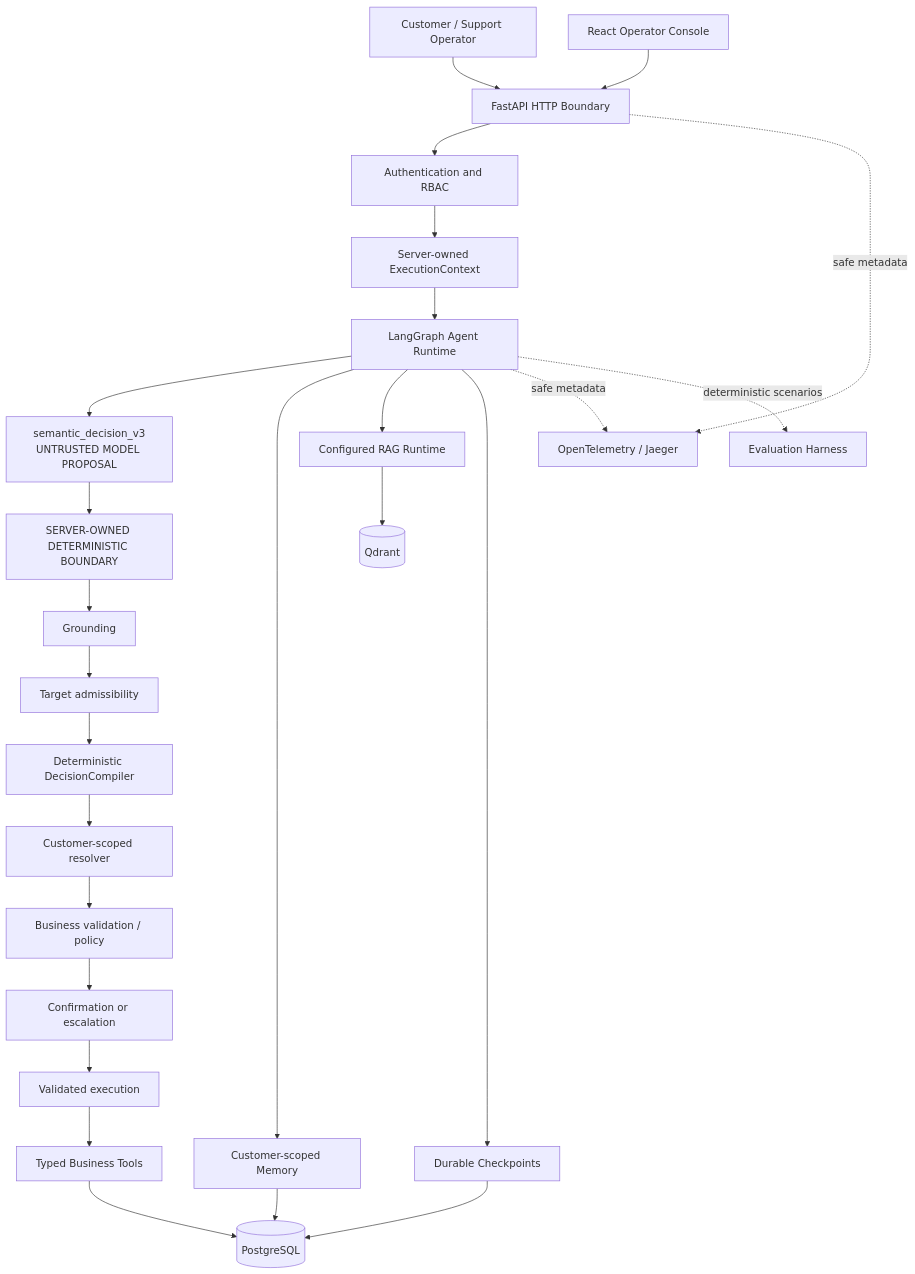
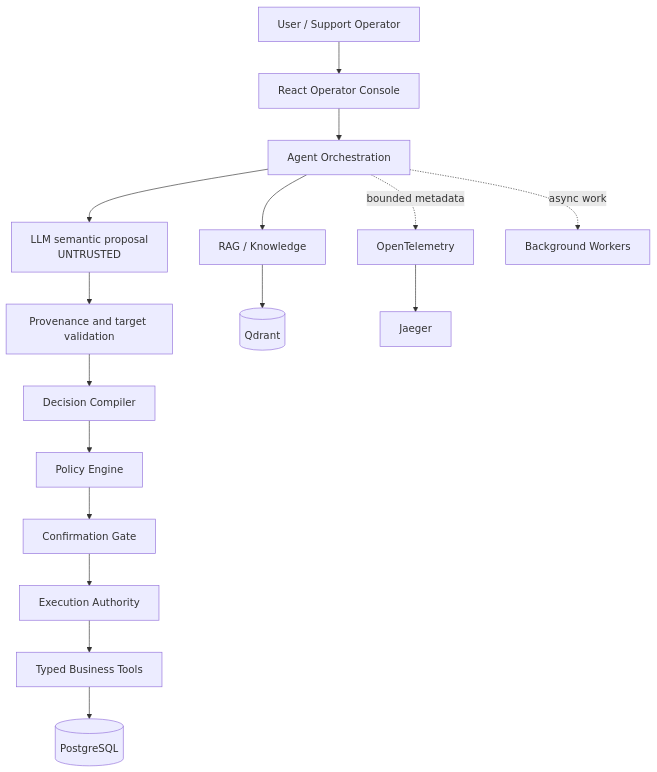
The diagram in README.md (BopsAIle/agentic-customer-service-platform), drawn with Mermaid before and after one commit. The commit also changed other lines of this file and 10 other files, not shown here.

````diff
--- a/README.md
+++ b/README.md
@@ -102,31 +32,18 @@
 ```mermaid
-flowchart TD
-    CLIENT[Customer / Support Operator] --> API[FastAPI HTTP Boundary]
-    API --> AUTH[Authentication and RBAC]
-    AUTH --> CONTEXT[Server-owned ExecutionContext]
-    CONTEXT --> GRAPH[LangGraph Agent Runtime]
-
-    GRAPH --> SEMANTIC[semantic_decision_v3<br/>UNTRUSTED MODEL PROPOSAL]
-    SEMANTIC --> BOUNDARY[SERVER-OWNED DETERMINISTIC BOUNDARY]
-    BOUNDARY --> GROUND[Grounding]
-    GROUND --> ADMISSIBLE[Target admissibility]
-    ADMISSIBLE --> COMPILER[Deterministic DecisionCompiler]
-    COMPILER --> RESOLVER[Customer-scoped resolver]
-    RESOLVER --> POLICY[Business validation / policy]
-    POLICY --> CONFIRM[Confirmation or escalation]
-    CONFIRM --> EXECUTE[Validated execution]
-    EXECUTE --> TOOLS[Typed Business Tools]
-    GRAPH --> MEMORY[Customer-scoped Memory]
-    GRAPH --> RAG[Configured RAG Runtime]
-
-    MEMORY --> POSTGRES[(PostgreSQL)]
-    TOOLS --> POSTGRES
-    GRAPH --> CHECKPOINTS[Durable Checkpoints]
-    CHECKPOINTS --> POSTGRES
+flowchart TB
+    USER[User / Support Operator] --> CONSOLE[React Operator Console]
+    CONSOLE --> AGENT[Agent Orchestration]
+    AGENT --> LLM[LLM semantic proposal\nUNTRUSTED]
+    LLM --> VALIDATE[Provenance and target validation]
+    VALIDATE --> COMPILER[Decision Compiler]
+    COMPILER --> POLICY[Policy Engine]
+    POLICY --> CONFIRM[Confirmation Gate]
+    CONFIRM --> AUTHORITY[Execution Authority]
+    AUTHORITY --> TOOLS[Typed Business Tools]
+    TOOLS --> POSTGRES[(PostgreSQL)]
+    AGENT --> RAG[RAG / Knowledge]
     RAG --> QDRANT[(Qdrant)]
-
-    API -. safe metadata .-> OBS[OpenTelemetry / Jaeger]
-    GRAPH -. safe metadata .-> OBS
-    GRAPH -. deterministic scenarios .-> EVAL[Evaluation Harness]
-    CONSOLE[React Operator Console] --> API
+    AGENT -. bounded metadata .-> OTEL[OpenTelemetry]
+    OTEL --> JAEGER[Jaeger]
+    AGENT -. async work .-> WORKERS[Background Workers]
 ```
````
